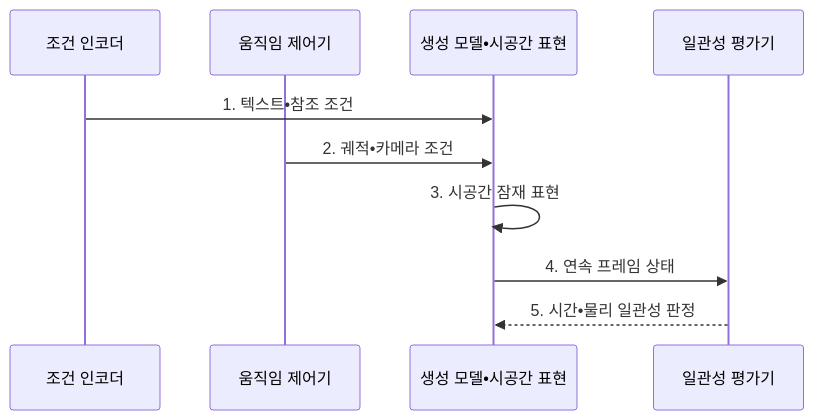
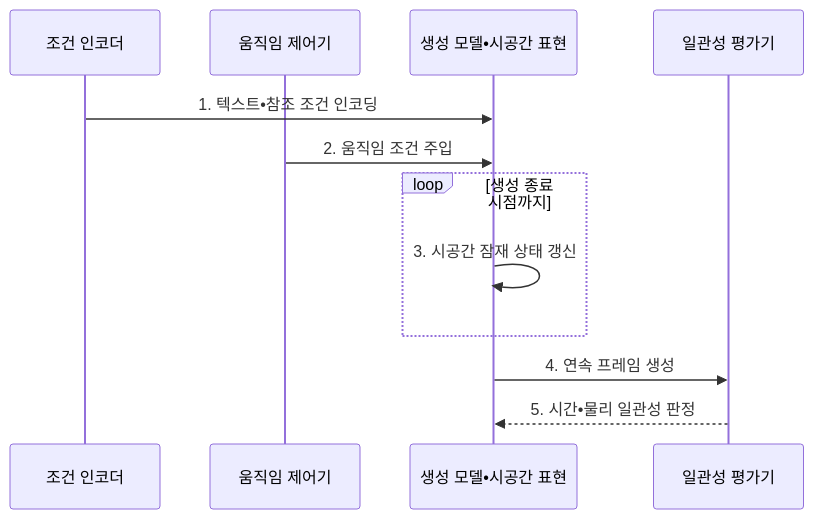
Before and after one commit to agnusdei1207/knowledge-base: the second of 2 diagrams in src/content/docs/notes/08-latest-tech/091_video_generation.md, drawn with Mermaid. The commit also changed other lines of this file and 13 other files, not shown here.

````diff
--- a/src/content/docs/notes/08-latest-tech/091_video_generation.md
+++ b/src/content/docs/notes/08-latest-tech/091_video_generation.md
@@ -104,12 +104,14 @@
 ```mermaid
 sequenceDiagram
   participant C as 조건 인코더
   participant M as 움직임 제어기
   participant G as 생성 모델•시공간 표현
   participant E as 일관성 평가기
-  C->>G: 1. 텍스트•참조 조건
-  M->>G: 2. 궤적•카메라 조건
-  G->>G: 3. 시공간 잠재 표현
-  G->>E: 4. 연속 프레임 상태
+  C->>G: 1. 텍스트•참조 조건 인코딩
+  M->>G: 2. 움직임 조건 주입
+  loop 생성 종료 시점까지
+    G->>G: 3. 시공간 잠재 상태 갱신
+  end
+  G->>E: 4. 연속 프레임 생성
   E-->>G: 5. 시간•물리 일관성 판정
 ```
````
